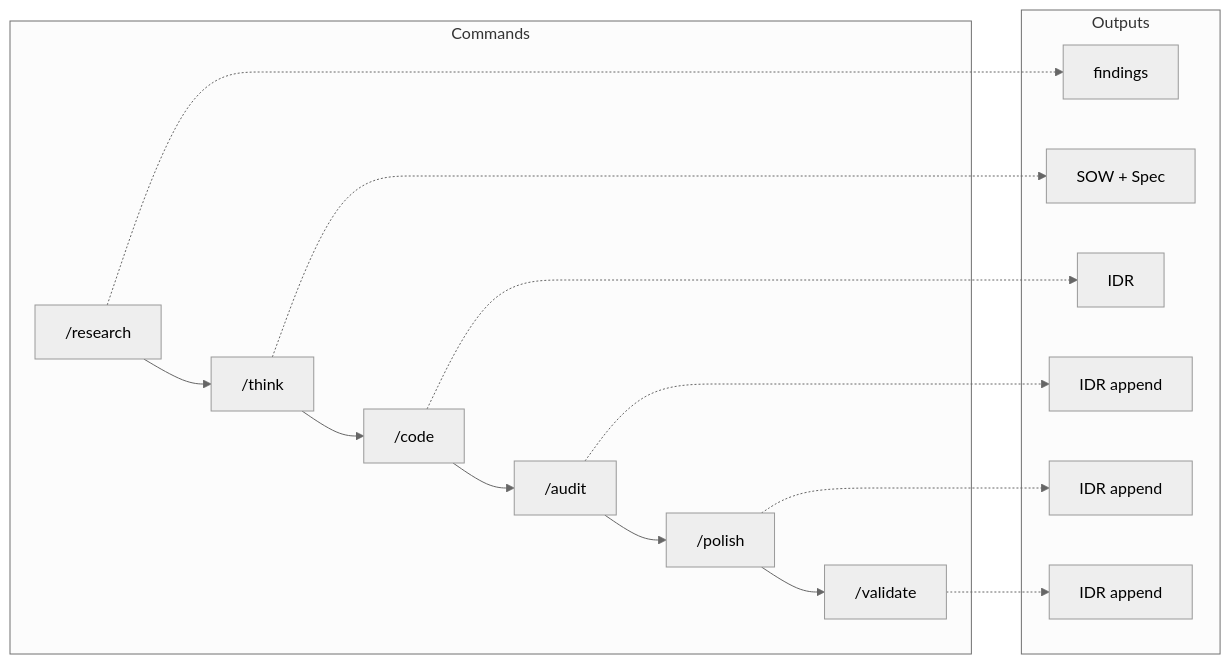
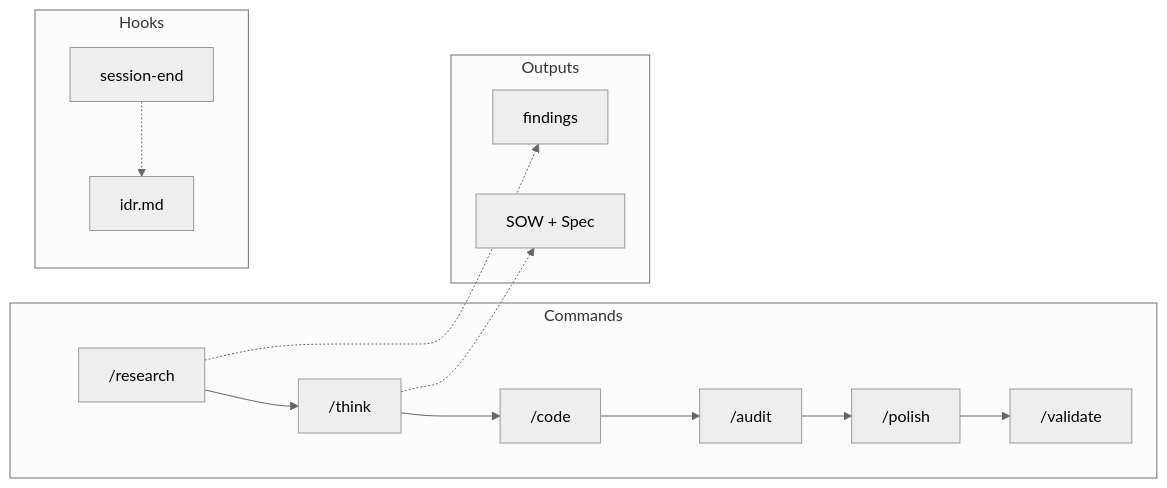
The diagram in templates/README.md (thkt/dotclaude), drawn with Mermaid (neutral theme) before and after one commit. The commit also changed other lines of this file and 21 other files, not shown here.

````diff
--- a/templates/README.md
+++ b/templates/README.md
@@ -7,14 +7,13 @@
 ```mermaid
 flowchart LR
     subgraph Commands
         R["/research"] --> T["/think"] --> C["/code"] --> A["/audit"] --> P["/polish"] --> V["/validate"]
     end
     subgraph Outputs
         R -.-> F[findings]
         T -.-> S["SOW + Spec"]
-        C -.-> I1[IDR]
-        A -.-> I2["IDR append"]
-        P -.-> I3["IDR append"]
-        V -.-> I4["IDR append"]
+    end
+    subgraph Hooks
+        SE[session-end] -.-> IDR[idr.md]
     end
 ```
````
